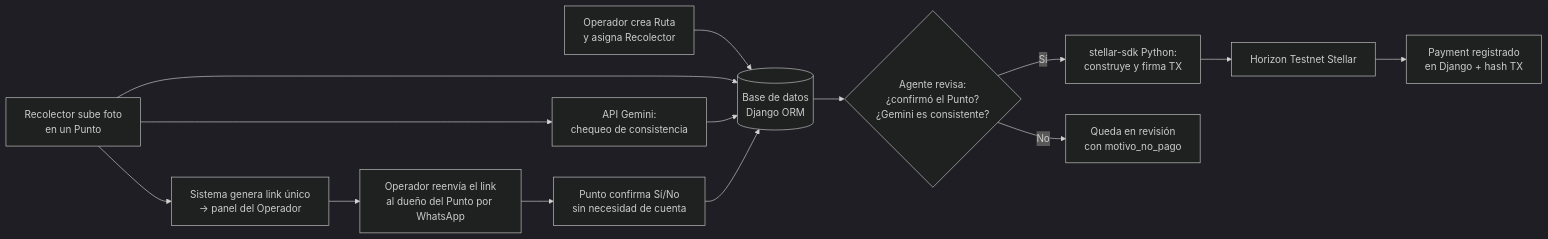
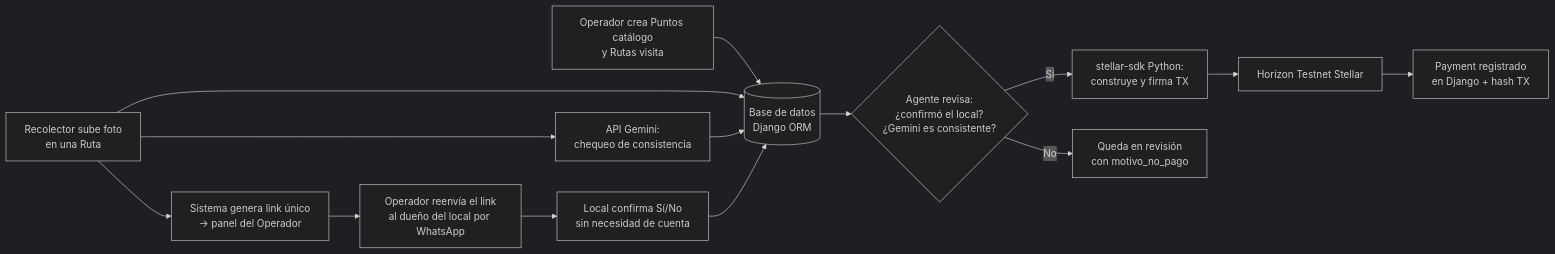
The diagram in docs/architecture.md (luislinodev/AgenteKipu), drawn with Mermaid (dark theme) before and after one commit. The commit also changed other lines of this file and 21 other files, not shown here.

First line of the commit message:
Refactor Recolector and Ruta functionality

````diff
--- a/docs/architecture.md
+++ b/docs/architecture.md
@@ -28,16 +28,16 @@
 ```mermaid
 flowchart LR
-    A[Operador crea Ruta<br/>y asigna Recolector] --> B[(Base de datos<br/>Django ORM)]
-    C[Recolector sube foto<br/>en un Punto] --> B
+    A[Operador crea Puntos catálogo<br/>y Rutas visita] --> B[(Base de datos<br/>Django ORM)]
+    C[Recolector sube foto<br/>en una Ruta] --> B
     C --> D[API Gemini:<br/>chequeo de consistencia]
     D --> B
     C --> E[Sistema genera link único<br/>→ panel del Operador]
-    E --> F[Operador reenvía el link<br/>al dueño del Punto por WhatsApp]
-    F --> G[Punto confirma Sí/No<br/>sin necesidad de cuenta]
+    E --> F[Operador reenvía el link<br/>al dueño del local por WhatsApp]
+    F --> G[Local confirma Sí/No<br/>sin necesidad de cuenta]
     G --> B
-    B --> H{Agente revisa:<br/>¿confirmó el Punto?<br/>¿Gemini es consistente?}
+    B --> H{Agente revisa:<br/>¿confirmó el local?<br/>¿Gemini es consistente?}
     H -- Sí --> I[stellar-sdk Python:<br/>construye y firma TX]
     I --> J[Horizon Testnet Stellar]
     J --> K[Payment registrado<br/>en Django + hash TX]
     H -- No --> L[Queda en revisión<br/>con motivo_no_pago]
 ```
````
